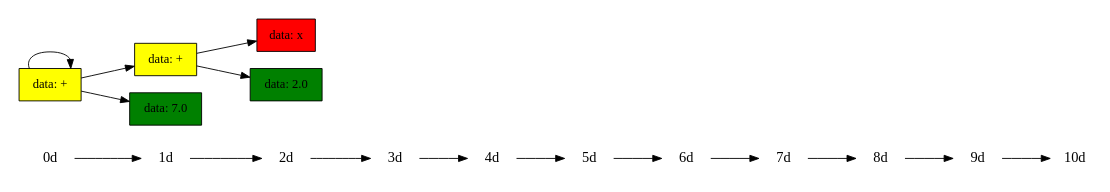
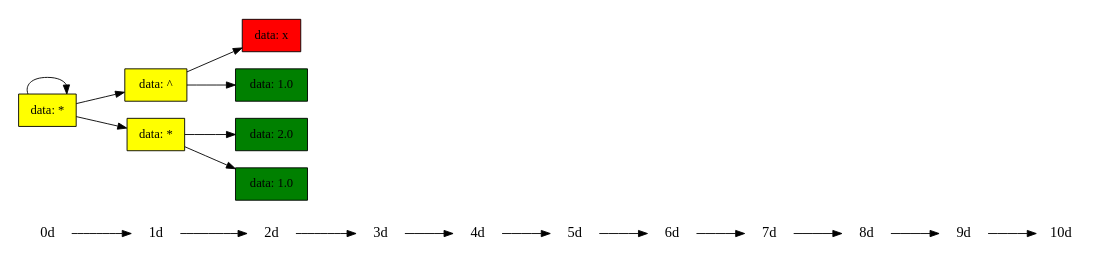
The diagram in dump.dot (AlekseiSeverin03/differentiator), drawn with Graphviz before and after one commit. The commit also changed 8 other files, not shown here.

```diff
--- a/dump.dot
+++ b/dump.dot
@@ -1,20 +1,24 @@
 digraph List
 {
 	rankdir = LR;
 	ranksep=.75; size = "7.5,7.5"
 	{
 		node [shape=plaintext, fontsize=16];
 		"0d"->"1d"->"2d"->"3d"->"4d"->"5d"->"6d"->"7d"->"8d"->"9d"->"10d";
 	}
 node [shape = record, style = filled];
-	{rank = same; "2d"; "0x134f043e0" [label = "data: x ", fillcolor = "red"];}
-	{rank = same; "1d"; "0x134f043b0" [label = "data: + ", fillcolor = "yellow"];}
-	{rank = same; "2d"; "0x134f04410" [label = "data: 2.0 ", fillcolor = "green"];}
-	{rank = same; "0d"; "0x134f04380" [label = "data: + ", fillcolor = "yellow"];}
-	{rank = same; "1d"; "0x134f04440" [label = "data: 7.0 ", fillcolor = "green"];}
-	"0x134f043b0"->"0x134f043e0" [color = "black", frontcolor = "grey", label = ""];
-	"0x134f04380"->"0x134f043b0" [color = "black", frontcolor = "grey", label = ""];
-	"0x134f043b0"->"0x134f04410" [color = "black", frontcolor = "grey", label = ""];
-	"0x134f04380"->"0x134f04380" [color = "black", frontcolor = "grey", label = ""];
-	"0x134f04380"->"0x134f04440" [color = "black", frontcolor = "grey", label = ""];
+	{rank = same; "2d"; "0x128606b10" [label = "data: x ", fillcolor = "red"];}
+	{rank = same; "1d"; "0x128606ab0" [label = "data: ^ ", fillcolor = "yellow"];}
+	{rank = same; "2d"; "0x128606b40" [label = "data: 1.0 ", fillcolor = "green"];}
+	{rank = same; "0d"; "0x128606a80" [label = "data: * ", fillcolor = "yellow"];}
+	{rank = same; "2d"; "0x128606b70" [label = "data: 2.0 ", fillcolor = "green"];}
+	{rank = same; "1d"; "0x128606ae0" [label = "data: * ", fillcolor = "yellow"];}
+	{rank = same; "2d"; "0x128606ba0" [label = "data: 1.0 ", fillcolor = "green"];}
+	"0x128606ab0"->"0x128606b10" [color = "black", frontcolor = "grey", label = ""];
+	"0x128606a80"->"0x128606ab0" [color = "black", frontcolor = "grey", label = ""];
+	"0x128606ab0"->"0x128606b40" [color = "black", frontcolor = "grey", label = ""];
+	"0x128606a80"->"0x128606a80" [color = "black", frontcolor = "grey", label = ""];
+	"0x128606ae0"->"0x128606b70" [color = "black", frontcolor = "grey", label = ""];
+	"0x128606a80"->"0x128606ae0" [color = "black", frontcolor = "grey", label = ""];
+	"0x128606ae0"->"0x128606ba0" [color = "black", frontcolor = "grey", label = ""];
 }
```
